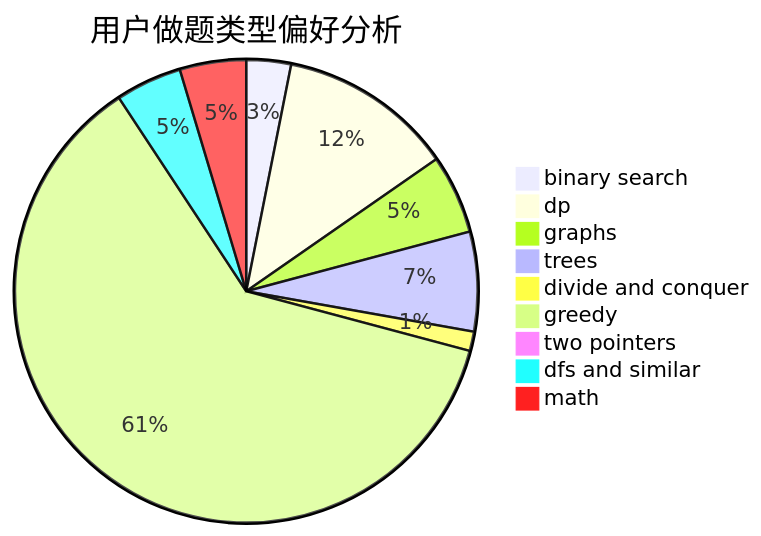
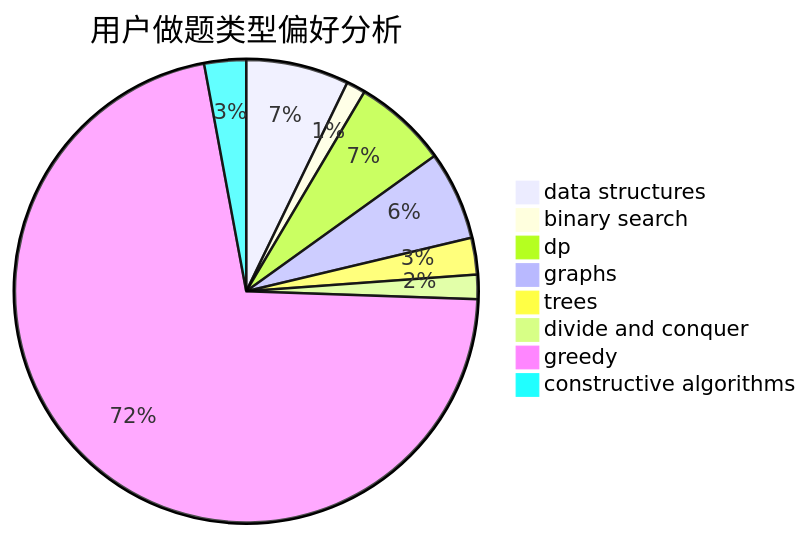
The second of 3 diagrams in docs/user/u728.md (sherpahu/cfrs.github.io), drawn with Mermaid before and after one commit. The commit also changed other lines of this file and 2775 other files, not shown here.

````diff
--- a/docs/user/u728.md
+++ b/docs/user/u728.md
@@ -23,12 +23,11 @@
 ```mermaid
 pie title 用户做题类型偏好分析
-    "binary search" :  39
-    "dp" :  153
-    "graphs" :  69
-    "trees" :  87
-    "divide and conquer" :  17
-    "greedy" :  771
-    "two pointers" :  3
-    "dfs and similar" :  58
-    "math" :  58
+    "data structures" :  59
+    "binary search" :  11
+    "dp" :  54
+    "graphs" :  51
+    "trees" :  21
+    "divide and conquer" :  14
+    "greedy" :  588
+    "constructive algorithms" :  24
 ```
````
